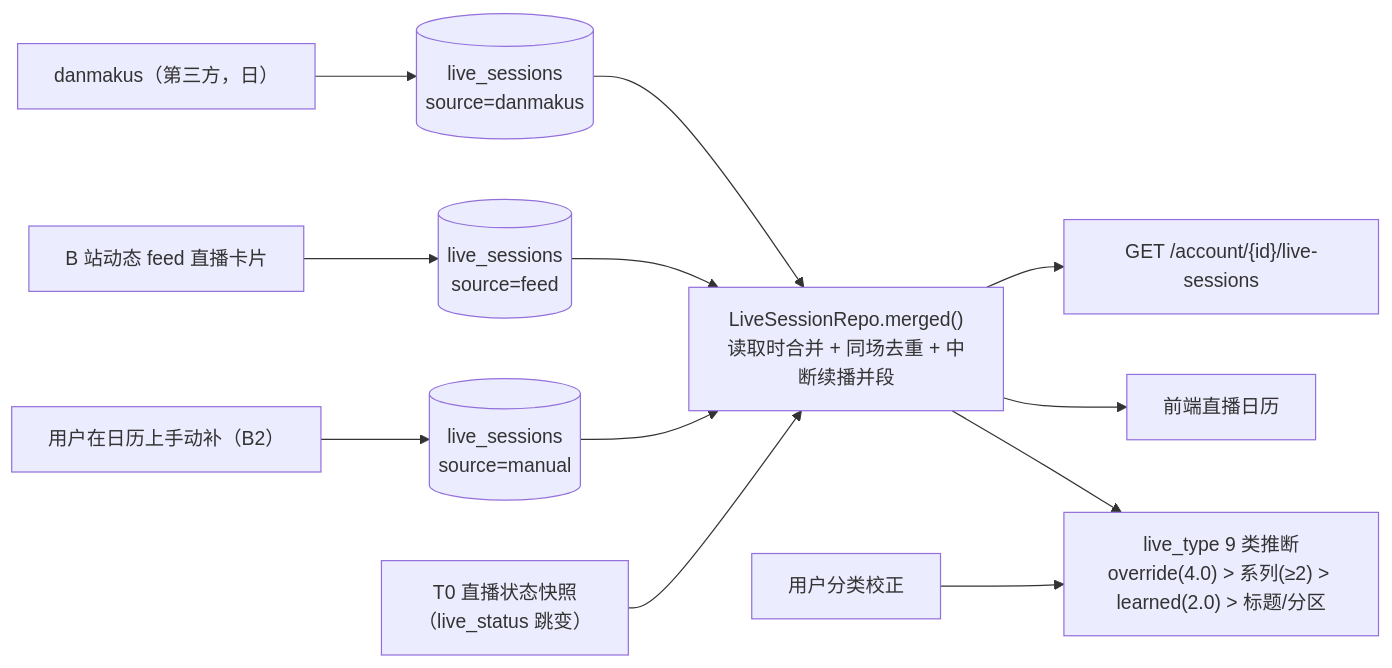
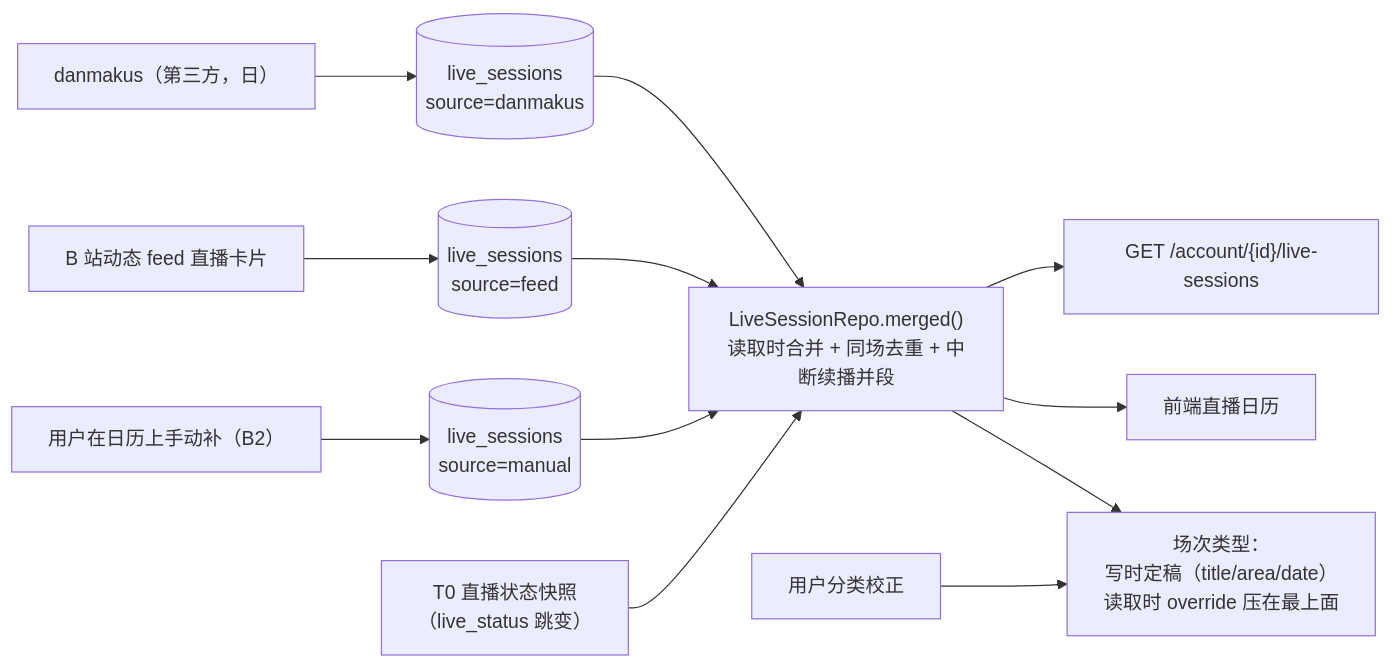
The diagram in docs/backend/LIVE-AND-DANMAKU.md (Mrslippe/DDToolkit), drawn with Mermaid before and after one commit. The commit also changed other lines of this file and 2 other files, not shown here.

First line of the commit message:
文档同步：把「9 类推断」的几处活文档改成现行口径

````diff
--- a/docs/backend/LIVE-AND-DANMAKU.md
+++ b/docs/backend/LIVE-AND-DANMAKU.md
@@ -14,14 +14,14 @@
 ```mermaid
 flowchart LR
   D["danmakus（第三方，日）"] --> LS[("live_sessions<br/>source=danmakus")]
   F["B 站动态 feed 直播卡片"] --> LS2[("live_sessions<br/>source=feed")]
   U["用户在日历上手动补（B2）"] --> LS4[("live_sessions<br/>source=manual")]
   T0["T0 直播状态快照<br/>（live_status 跳变）"] --> M
   LS --> M["LiveSessionRepo.merged()<br/>读取时合并 + 同场去重 + 中断续播并段"]
   LS2 --> M
   LS4 --> M
   M --> API["GET /account/{id}/live-sessions"]
   M --> CAL["前端直播日历"]
-  O["用户分类校正"] --> LT["live_type 9 类推断<br/>override(4.0) > 系列(≥2) > learned(2.0) > 标题/分区"]
+  O["用户分类校正"] --> LT["场次类型：<br/>写时定稿（title/area/date）<br/>读取时 override 压在最上面"]
   M --> LT
 ```
````
